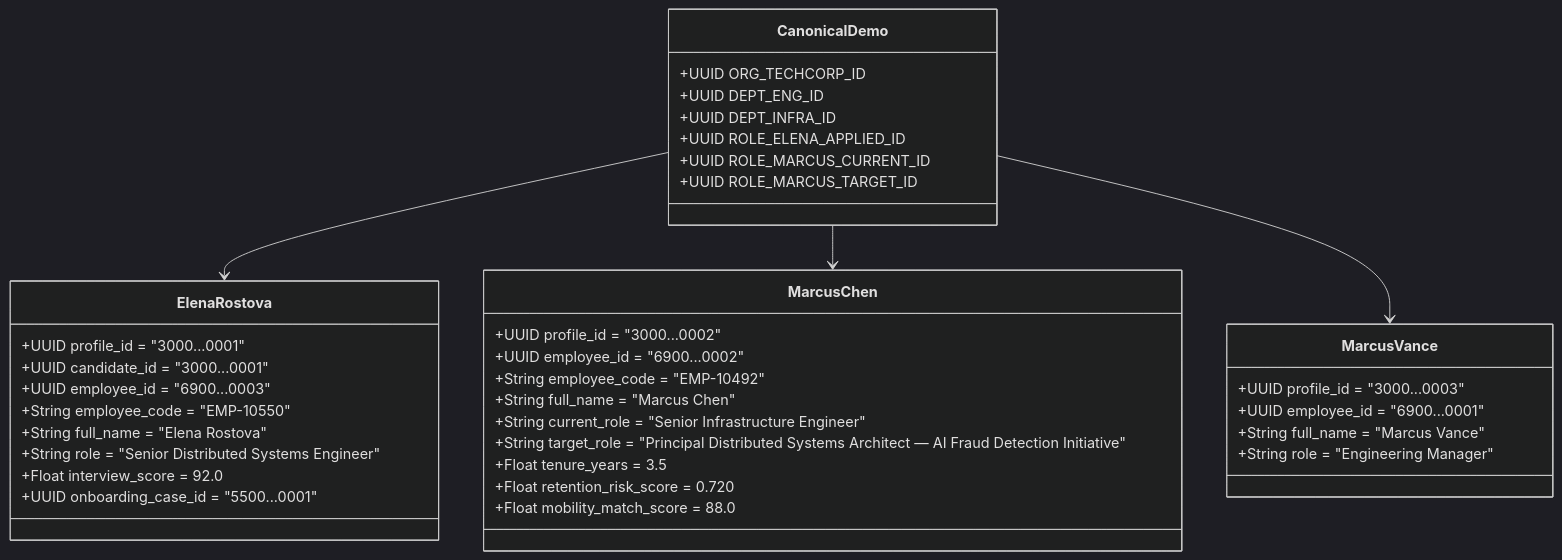
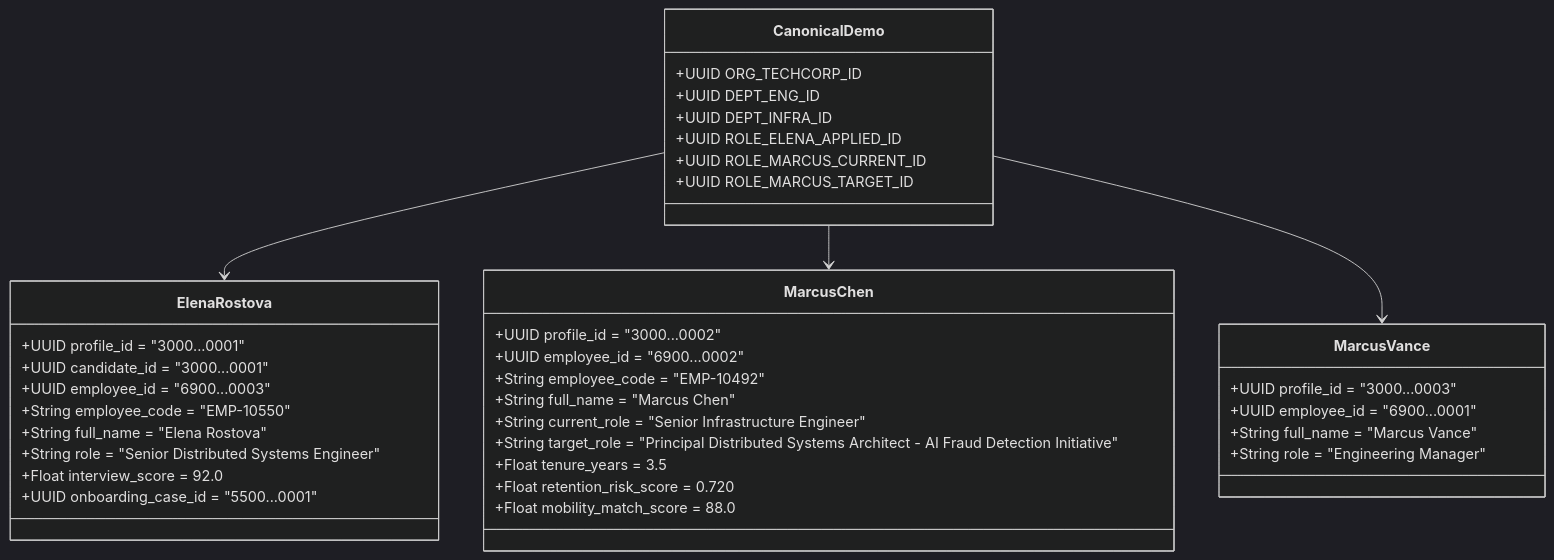
The fourth of 4 diagrams in README.md (sharancode3/WorkSense), drawn with Mermaid (dark theme) before and after one commit. The commit also changed other lines of this file, not shown here.

Commit message:
docs: complete comprehensive enterprise README covering full architecture and zero emojis

````diff
--- a/README.md
+++ b/README.md
@@ -277,45 +486,45 @@
 ```mermaid
 classDiagram
     class CanonicalDemo {
         +UUID ORG_TECHCORP_ID
         +UUID DEPT_ENG_ID
         +UUID DEPT_INFRA_ID
         +UUID ROLE_ELENA_APPLIED_ID
         +UUID ROLE_MARCUS_CURRENT_ID
         +UUID ROLE_MARCUS_TARGET_ID
     }
 
     class ElenaRostova {
         +UUID profile_id = "3000...0001"
         +UUID candidate_id = "3000...0001"
         +UUID employee_id = "6900...0003"
         +String employee_code = "EMP-10550"
         +String full_name = "Elena Rostova"
         +String role = "Senior Distributed Systems Engineer"
         +Float interview_score = 92.0
         +UUID onboarding_case_id = "5500...0001"
     }
 
     class MarcusChen {
         +UUID profile_id = "3000...0002"
         +UUID employee_id = "6900...0002"
         +String employee_code = "EMP-10492"
         +String full_name = "Marcus Chen"
         +String current_role = "Senior Infrastructure Engineer"
-        +String target_role = "Principal Distributed Systems Architect — AI Fraud Detection Initiative"
+        +String target_role = "Principal Distributed Systems Architect  -  AI Fraud Detection Initiative"
         +Float tenure_years = 3.5
         +Float retention_risk_score = 0.720
         +Float mobility_match_score = 88.0
     }
 
     class MarcusVance {
         +UUID profile_id = "3000...0003"
         +UUID employee_id = "6900...0001"
         +String full_name = "Marcus Vance"
         +String role = "Engineering Manager"
     }
 
     CanonicalDemo --> ElenaRostova
     CanonicalDemo --> MarcusChen
     CanonicalDemo --> MarcusVance
 ```
````
